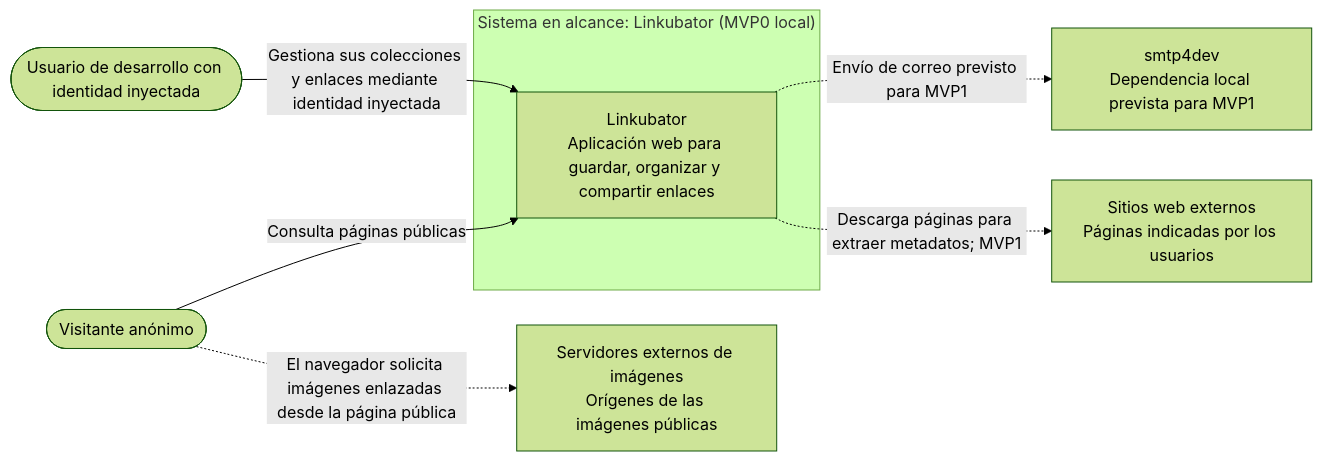
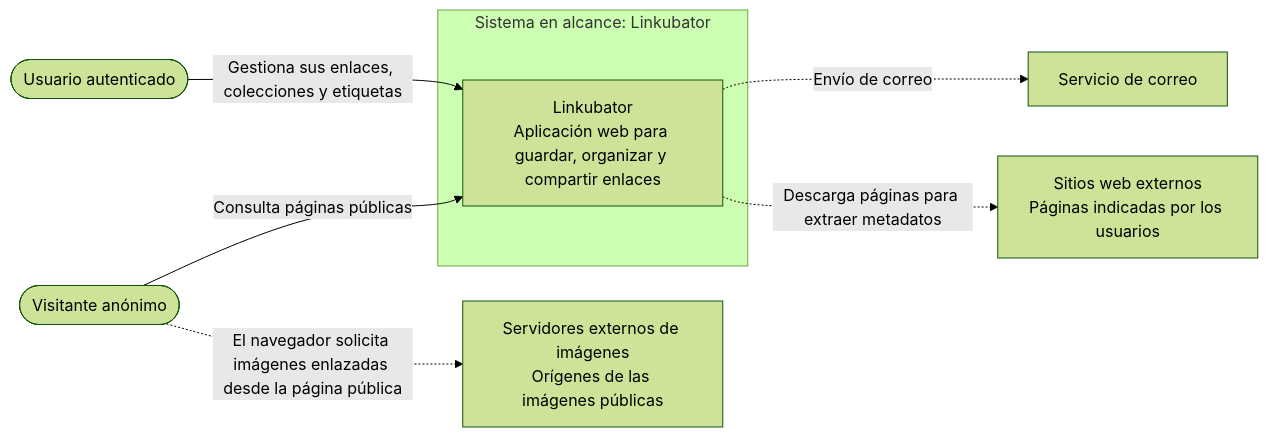
The diagram in context/diagrams/context-diagram.md (DaveSoftDev/Linkubator), drawn with Mermaid (forest theme) before and after one commit. The commit also changed other lines of this file and 29 other files, not shown here.

````diff
--- a/context/diagrams/context-diagram.md
+++ b/context/diagrams/context-diagram.md
@@ -5,19 +5,19 @@
 ```mermaid
 flowchart LR
     visitor([Visitante anónimo])
-    devUser([Usuario de desarrollo con identidad inyectada])
+    user([Usuario autenticado])
 
-    subgraph boundary["Sistema en alcance: Linkubator (MVP0 local)"]
+    subgraph boundary["Sistema en alcance: Linkubator"]
         app["Linkubator<br/>Aplicación web para guardar, organizar y compartir enlaces"]
     end
 
-    mail["smtp4dev<br/>Dependencia local prevista para MVP1"]
+    mail["Servicio de correo"]
     targetSites["Sitios web externos<br/>Páginas indicadas por los usuarios"]
     imageHosts["Servidores externos de imágenes<br/>Orígenes de las imágenes públicas"]
 
     visitor -->|Consulta páginas públicas| app
-    devUser -->|Gestiona sus colecciones y enlaces mediante identidad inyectada| app
-    app -.->|Envío de correo previsto para MVP1| mail
-    app -.->|Descarga páginas para extraer metadatos; MVP1| targetSites
+    user -->|Gestiona sus enlaces, colecciones y etiquetas| app
+    app -.->|Envío de correo| mail
+    app -.->|Descarga páginas para extraer metadatos| targetSites
     visitor -.->|El navegador solicita imágenes enlazadas desde la página pública| imageHosts
 ```
````
